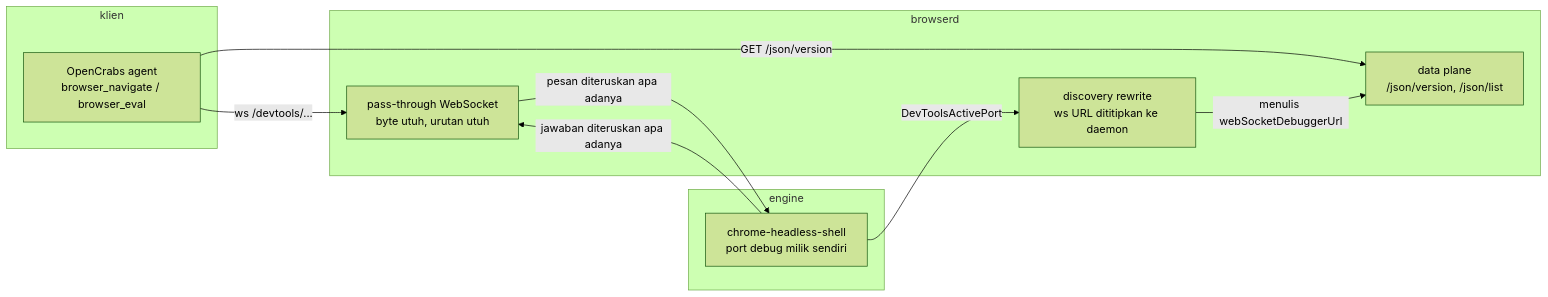
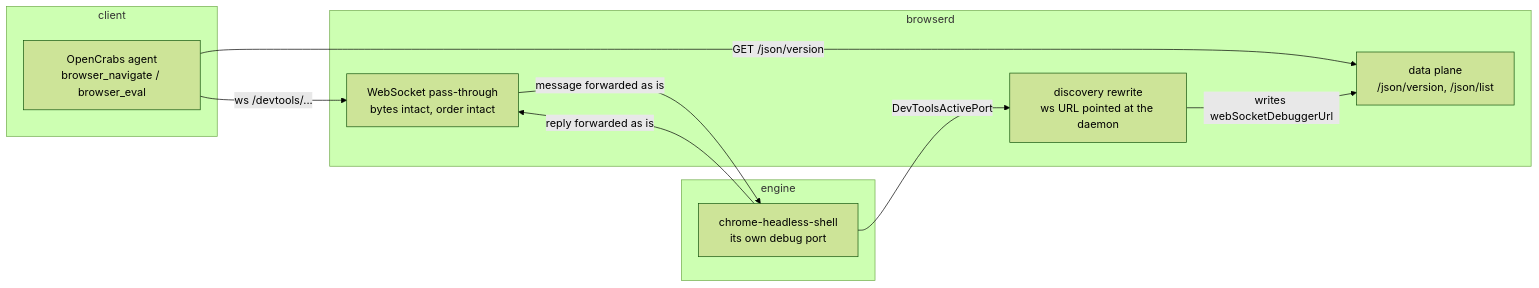
The diagram in README.md (adi805/opencrabs-browser), drawn with Mermaid (forest theme) before and after one commit. The commit also changed other lines of this file and 5 other files, not shown here.

````diff
--- a/README.md
+++ b/README.md
@@ -13,20 +13,20 @@
 ```mermaid
 flowchart LR
-    subgraph klien
+    subgraph client
         A[OpenCrabs agent<br/>browser_navigate / browser_eval]
     end
     subgraph browserd
         B[data plane<br/>/json/version, /json/list]
-        C[pass-through WebSocket<br/>byte utuh, urutan utuh]
-        D[discovery rewrite<br/>ws URL dititipkan ke daemon]
+        C[WebSocket pass-through<br/>bytes intact, order intact]
+        D[discovery rewrite<br/>ws URL pointed at the daemon]
     end
     subgraph engine
-        E[chrome-headless-shell<br/>port debug milik sendiri]
+        E[chrome-headless-shell<br/>its own debug port]
     end
     A -->|GET /json/version| B
     A -->|ws /devtools/...| C
-    C -->|pesan diteruskan apa adanya| E
-    E -->|jawaban diteruskan apa adanya| C
-    D -->|menulis webSocketDebuggerUrl| B
+    C -->|message forwarded as is| E
+    E -->|reply forwarded as is| C
+    D -->|writes webSocketDebuggerUrl| B
     E -->|DevToolsActivePort| D
 ```
````
